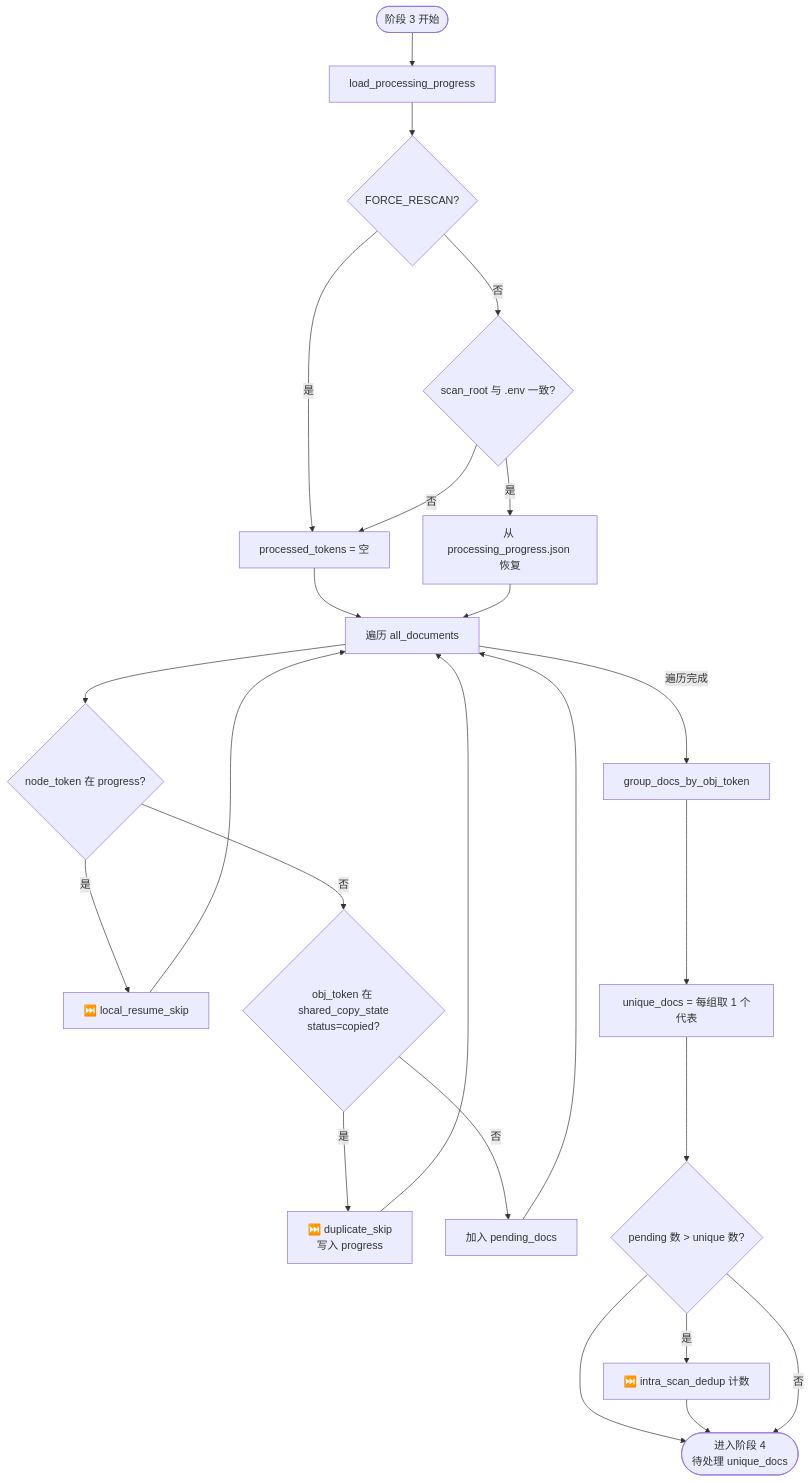
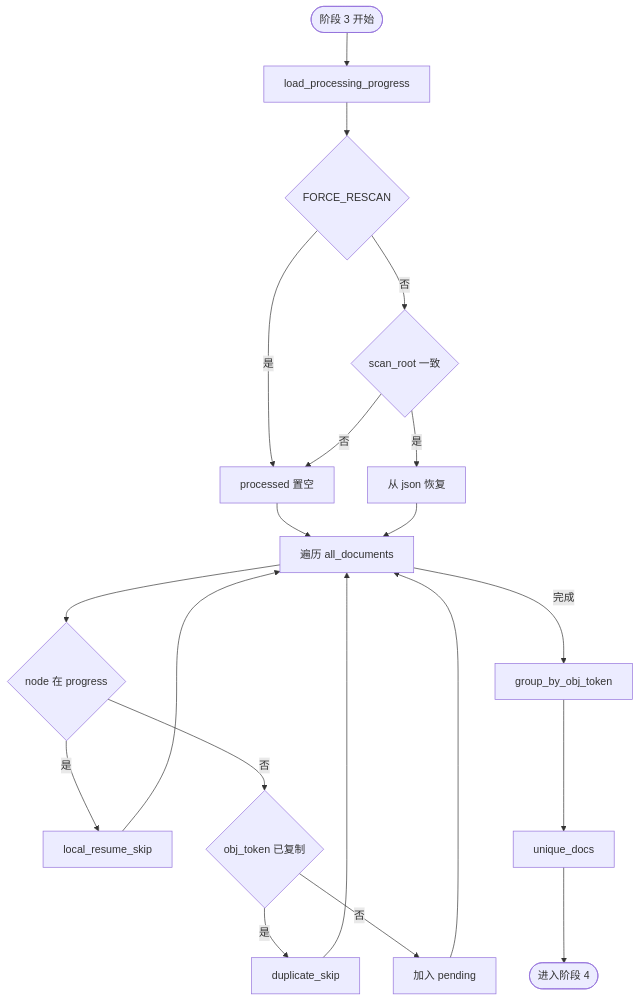
One commit to Leonard49/AI_DocClassifier changed the fourth of 11 diagrams in docs/AI_DocClassifier说明文档.md. Above: the diagram before and after it, drawn with Mermaid. The commit also changed other lines of this file and 1 other file, not shown here.

First line of the commit message:
Fix Mermaid flowcharts in docs and enable preview in workspace settings.

````diff
--- a/docs/AI_DocClassifier说明文档.md
+++ b/docs/AI_DocClassifier说明文档.md
@@ -630,30 +645,26 @@
 ```mermaid
 flowchart TD
     F0([阶段 3 开始]) --> F1[load_processing_progress]
-    F1 --> F2{FORCE_RESCAN?}
-    F2 -->|是| F3[processed_tokens = 空]
-    F2 -->|否| F4{scan_root 与 .env 一致?}
+    F1 --> F2{FORCE_RESCAN}
+    F2 -->|是| F3[processed 置空]
+    F2 -->|否| F4{scan_root 一致}
     F4 -->|否| F3
-    F4 -->|是| F5[从 processing_progress.json 恢复]
+    F4 -->|是| F5[从 json 恢复]
 
     F3 --> F6[遍历 all_documents]
     F5 --> F6
 
-    F6 --> F7{node_token 在 progress?}
-    F7 -->|是| F7S[⏭️ local_resume_skip]
-    F7 -->|否| F8{obj_token 在 shared_copy_state<br/>status=copied?}
-    F8 -->|是| F8S[⏭️ duplicate_skip<br/>写入 progress]
-    F8 -->|否| F9[加入 pending_docs]
+    F6 --> F7{node 在 progress}
+    F7 -->|是| F7S[local_resume_skip]
+    F7 -->|否| F8{obj_token 已复制}
+    F8 -->|是| F8S[duplicate_skip]
+    F8 -->|否| F9[加入 pending]
 
     F7S --> F6
     F8S --> F6
     F9 --> F6
 
-    F6 -->|遍历完成| F10[group_docs_by_obj_token]
-    F10 --> F11[unique_docs = 每组取 1 个代表]
-    F11 --> F12{pending 数 > unique 数?}
-    F12 -->|是| F12S[⏭️ intra_scan_dedup 计数]
-    F12 --> F12N
-    F12S --> F12N
-    F12 -->|否| F12N([进入阶段 4<br/>待处理 unique_docs])
+    F6 -->|完成| F10[group_by_obj_token]
+    F10 --> F11[unique_docs]
+    F11 --> F12N([进入阶段 4])
 ```
````
